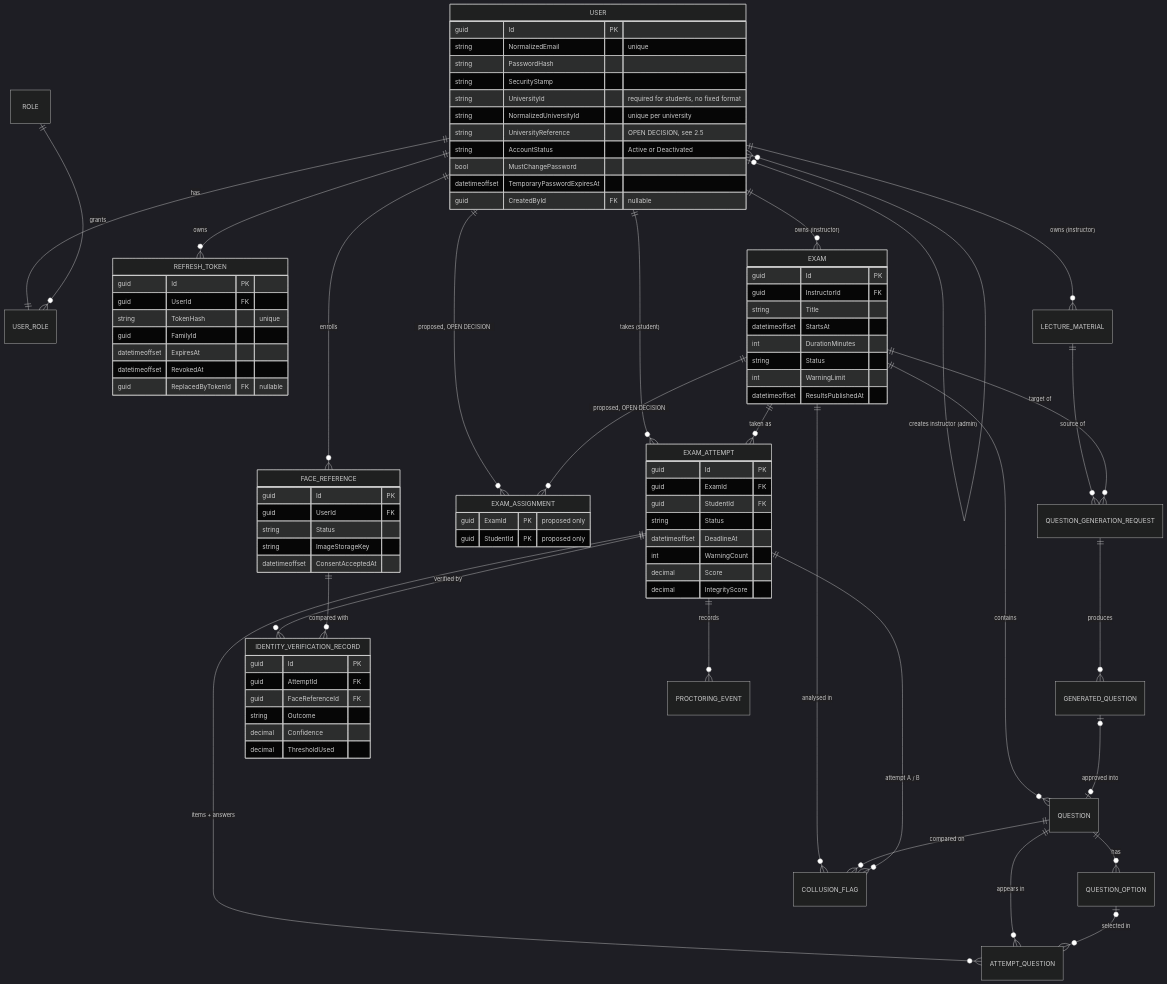
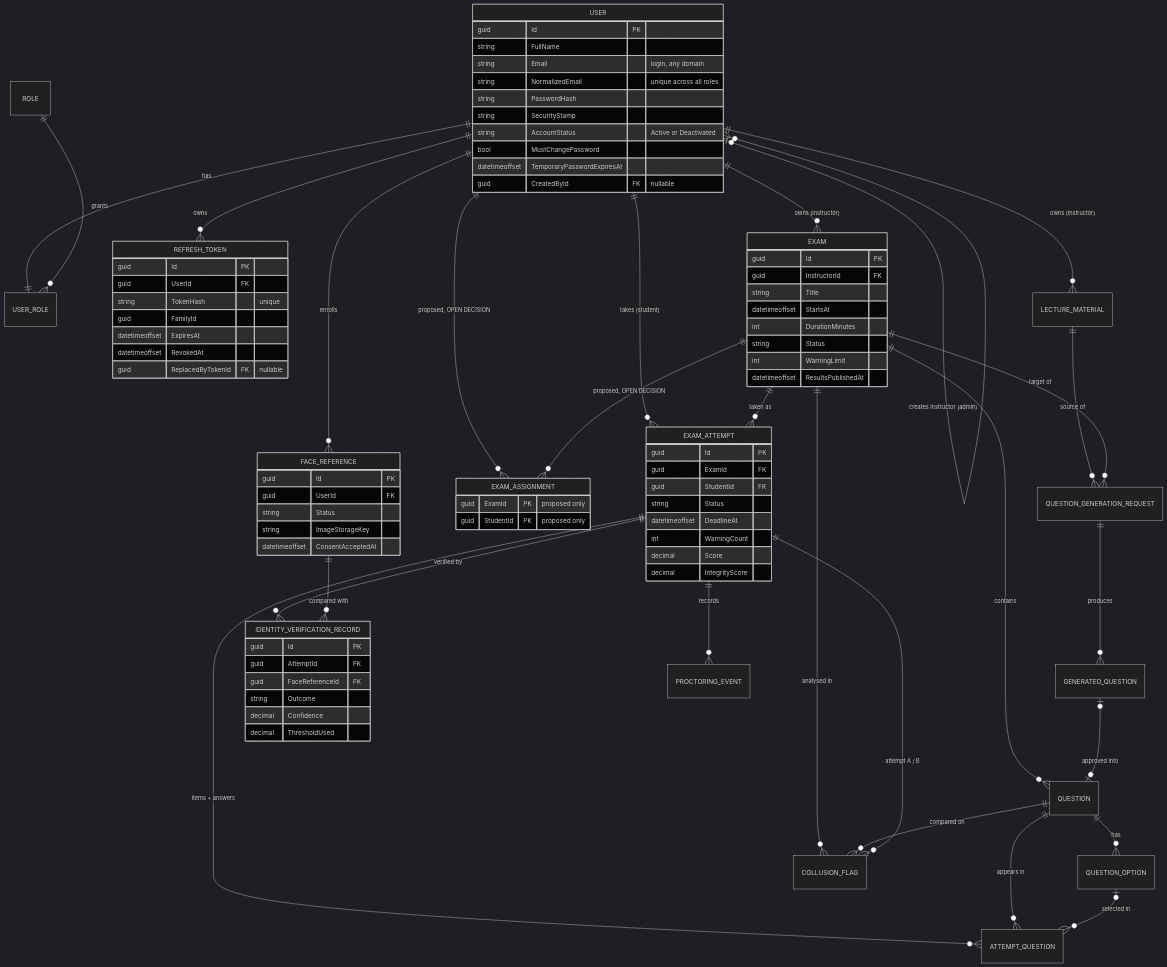
One commit to mogohar07/ExamProctoring_project changed the second of 3 diagrams in architecture-proposal.md. Above: the diagram before and after it, drawn with Mermaid (dark theme). The commit also changed other lines of this file and 5 other files, not shown here.

Commit message:
Docs: Update architecture proposal to Revision 3.8 and keep Revisions 3.3-3.7 in history

```diff
--- a/architecture-proposal.md
+++ b/architecture-proposal.md
@@ -441,12 +446,11 @@
 
     USER {
         guid Id PK
-        string NormalizedEmail "unique"
+        string FullName
+        string Email "login, any domain"
+        string NormalizedEmail "unique across all roles"
         string PasswordHash
         string SecurityStamp
-        string UniversityId "required for students, no fixed format"
-        string NormalizedUniversityId "unique per university"
-        string UniversityReference "OPEN DECISION, see 2.5"
         string AccountStatus "Active or Deactivated"
         bool MustChangePassword
         datetimeoffset TemporaryPasswordExpiresAt
```
